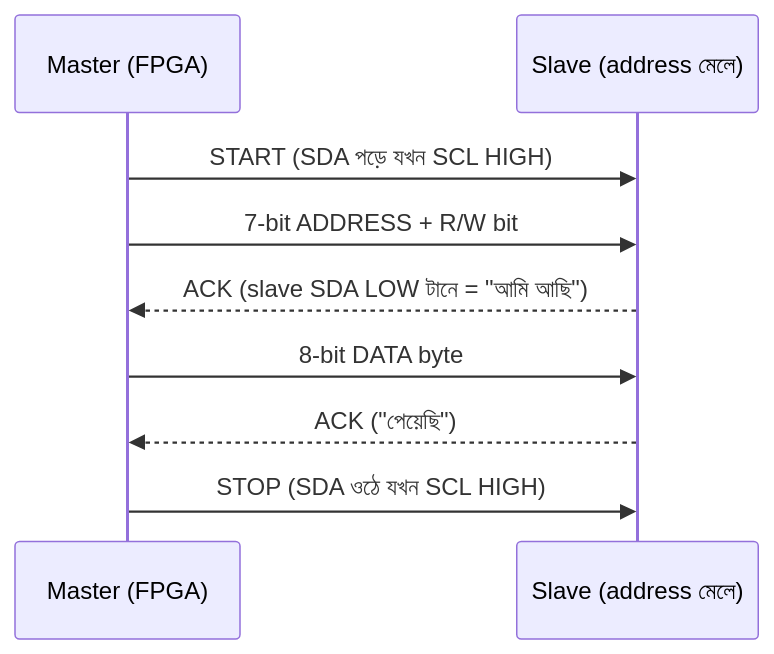
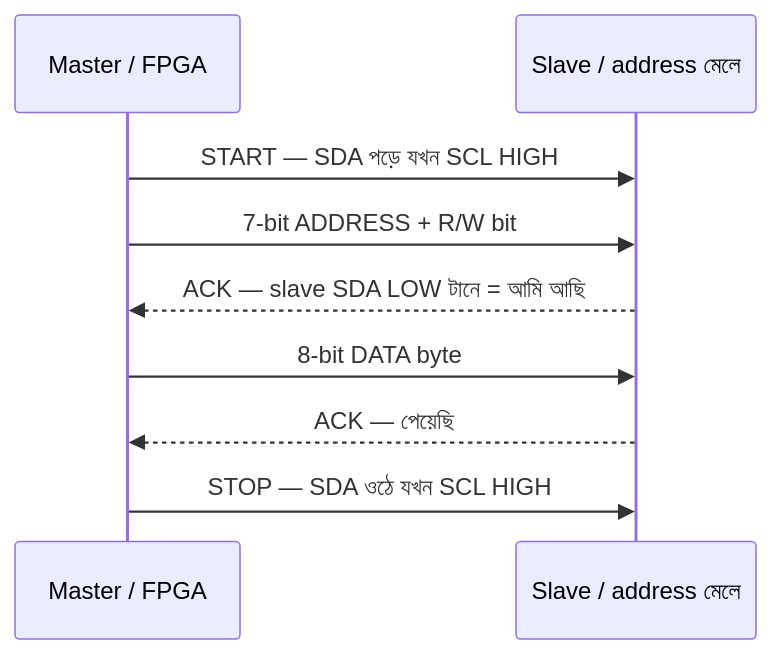
The third of 3 diagrams in chapters/Chapter_11_FPGA_Projects.md (akram02/build-your-own-processor), drawn with Mermaid before and after one commit. The commit also changed 4 other files, not shown here.

````diff
--- a/chapters/Chapter_11_FPGA_Projects.md
+++ b/chapters/Chapter_11_FPGA_Projects.md
@@ -1252,11 +1252,11 @@
 ```mermaid
 sequenceDiagram
-    participant M as Master (FPGA)
-    participant S as Slave (address মেলে)
-    M->>S: START (SDA পড়ে যখন SCL HIGH)
+    participant M as Master / FPGA
+    participant S as Slave / address মেলে
+    M->>S: START — SDA পড়ে যখন SCL HIGH
     M->>S: 7-bit ADDRESS + R/W bit
-    S-->>M: ACK (slave SDA LOW টানে = "আমি আছি")
+    S-->>M: ACK — slave SDA LOW টানে = আমি আছি
     M->>S: 8-bit DATA byte
-    S-->>M: ACK ("পেয়েছি")
-    M->>S: STOP (SDA ওঠে যখন SCL HIGH)
+    S-->>M: ACK — পেয়েছি
+    M->>S: STOP — SDA ওঠে যখন SCL HIGH
 ```
````
